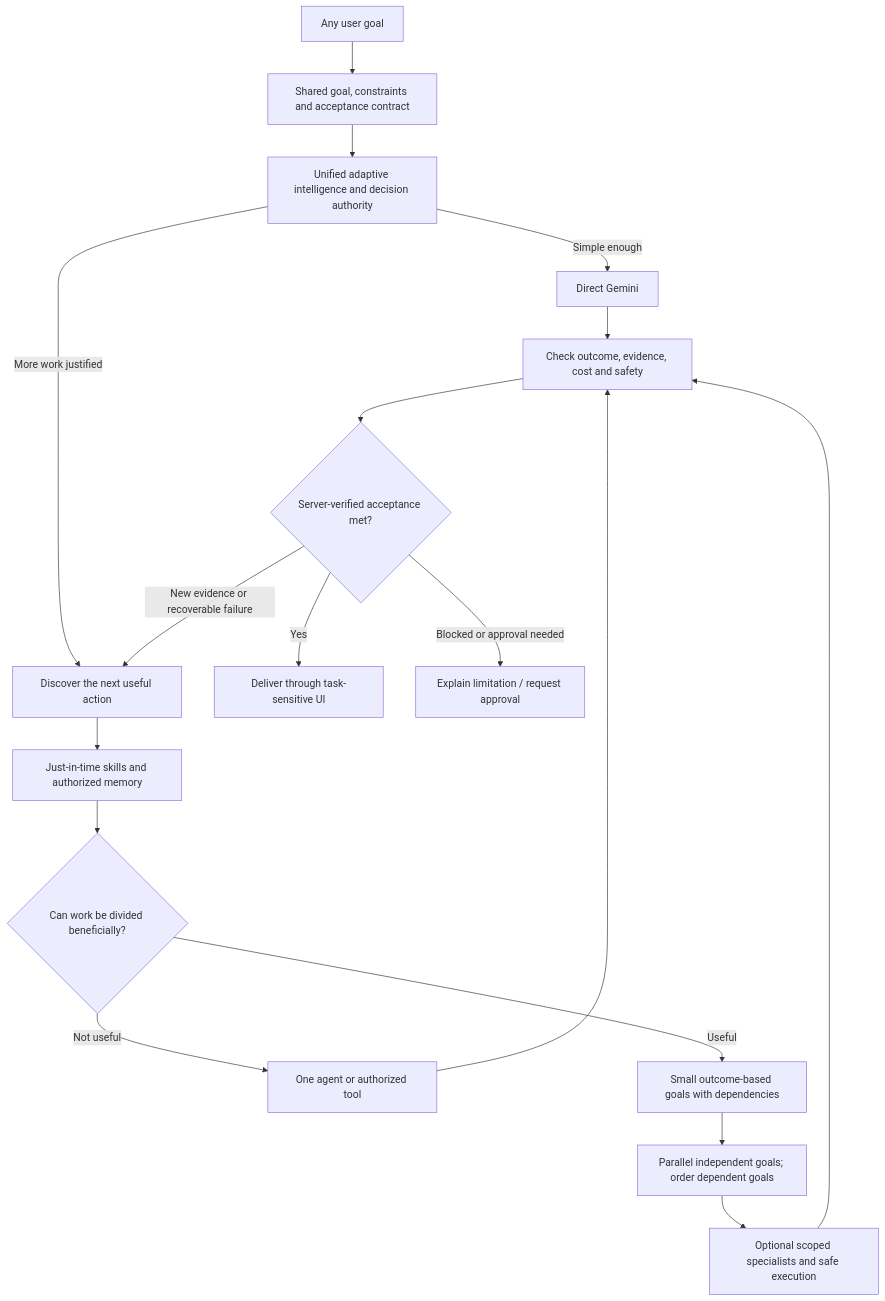
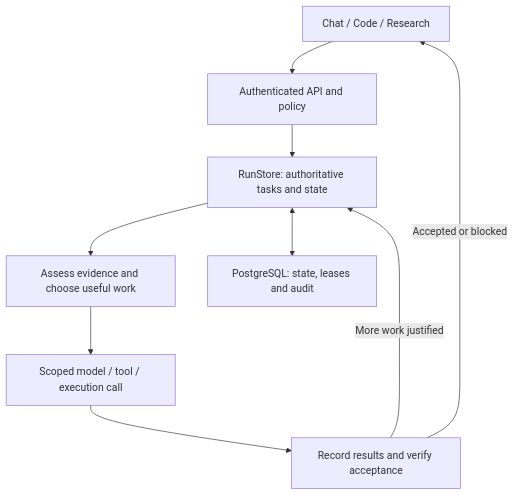
One commit to 123rahmat/KG changed the diagram in README.md. Above: the diagram before and after it, drawn with Mermaid. The commit also changed other lines of this file and 15 other files, not shown here.

Commit message:
refactor: consolidate server-owned adaptive architecture

````diff
--- a/README.md
+++ b/README.md
@@ -11,20 +21,11 @@
 ```mermaid
 flowchart TD
-  U["Any user goal"] --> T["Shared goal, constraints and acceptance contract"]
-  T --> C["Unified adaptive intelligence and decision authority"]
-  C -->|"Simple enough"| G["Direct Gemini"]
-  C -->|"More work justified"| N["Discover the next useful action"]
-  N --> SM["Just-in-time skills and authorized memory"]
-  SM --> Q{"Can work be divided beneficially?"}
-  Q -->|"Not useful"| W["One agent or authorized tool"]
-  Q -->|"Useful"| D["Small outcome-based goals with dependencies"]
-  D --> P["Parallel independent goals; order dependent goals"]
-  P --> A["Optional scoped specialists and safe execution"]
-  G --> V["Check outcome, evidence, cost and safety"]
-  W --> V
-  A --> V
-  V --> F{"Server-verified acceptance met?"}
-  F -->|"Yes"| O["Deliver through task-sensitive UI"]
-  F -->|"New evidence or recoverable failure"| N
-  F -->|"Blocked or approval needed"| H["Explain limitation / request approval"]
+  UI["Chat / Code / Research"] --> API["Authenticated API and policy"]
+  API --> RUN["RunStore: authoritative tasks and state"]
+  RUN --> DEC["Assess evidence and choose useful work"]
+  DEC --> WORK["Scoped model / tool / execution call"]
+  WORK --> CHECK["Record results and verify acceptance"]
+  CHECK -->|"More work justified"| RUN
+  CHECK -->|"Accepted or blocked"| UI
+  RUN <--> DB["PostgreSQL: state, leases and audit"]
 ```
````
